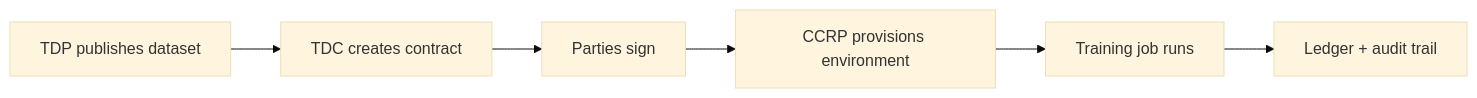
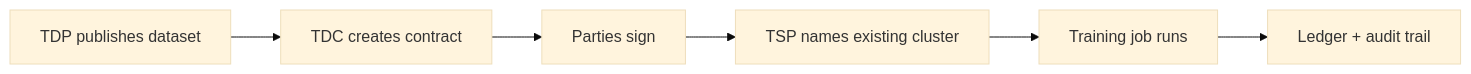
The first of 3 diagrams in README.md (gitmujoshi/Confidential-AI-Network), drawn with Mermaid (base theme) before and after one commit. The commit also changed other lines of this file and 26 other files, not shown here.

````diff
--- a/README.md
+++ b/README.md
@@ -65,11 +77,11 @@
 ```mermaid
 flowchart LR
   TDP["TDP publishes dataset"]
   TDC["TDC creates contract"]
   Sign["Parties sign"]
-  CCRP["CCRP provisions environment"]
+  CCRP["TSP names existing cluster"]
   Train["Training job runs"]
   Audit["Ledger + audit trail"]
 
   TDP --> TDC --> Sign --> CCRP --> Train --> Audit
 ```
````
